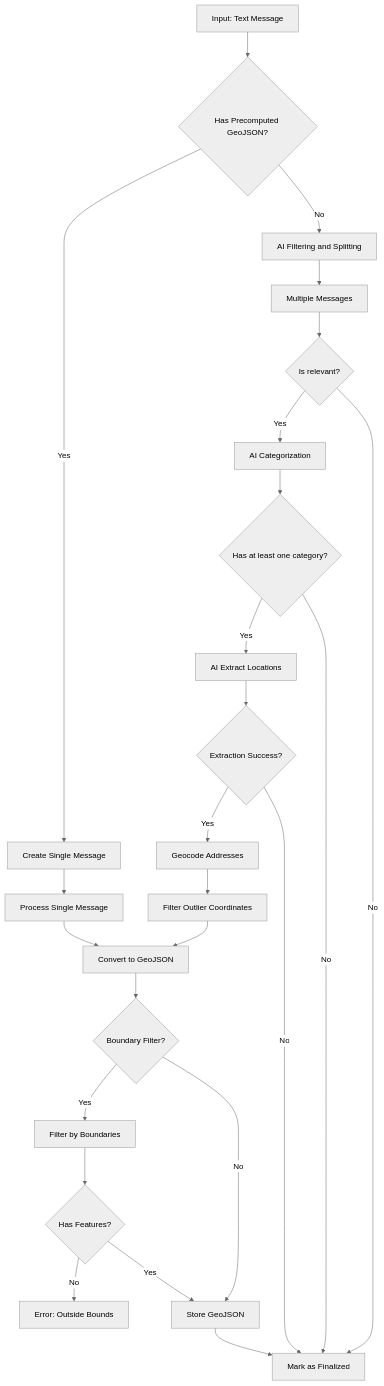
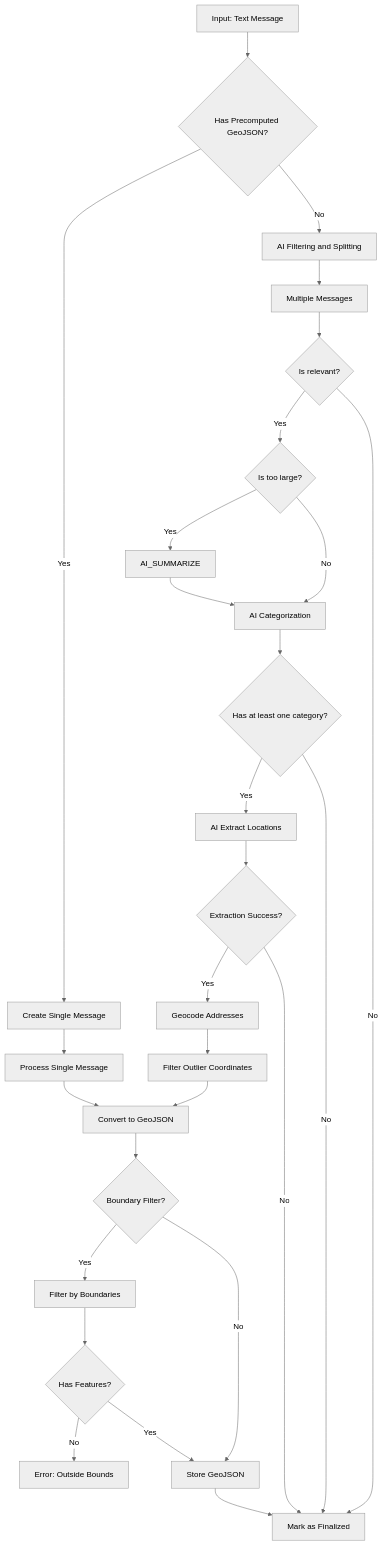
Before and after one commit to vbuch/oboapp: the diagram in ingest/messageIngest/README.md, drawn with Mermaid (neutral theme). The commit also changed other lines of this file and 34 other files, not shown here.

````diff
--- a/ingest/messageIngest/README.md
+++ b/ingest/messageIngest/README.md
@@ -7,37 +7,42 @@
 ```mermaid
 flowchart TD
     A[Input: Text Message] --> B{Has Precomputed GeoJSON?}
 
     B -->|Yes| C[Create Single Message]
     C --> E[Process Single Message]
     B -->|No| AI_FILTERING_AND_SPLITTING[AI Filtering and Splitting]
 
     AI_FILTERING_AND_SPLITTING --> AI_SPLITTING[Multiple Messages]
 
     AI_SPLITTING --> AI_FILTERING{Is relevant?}
-    AI_FILTERING -->|Yes| AI_CATEGORIZATION[AI Categorization]
+    AI_FILTERING -->|Yes| AI_SUMMARIZE_NEEDED{Is too large?}
     AI_FILTERING -->|No| FINALIZE[Mark as Finalized]
+
+    AI_SUMMARIZE_NEEDED --> |Yes| AI_SUMMARIZE
+    AI_SUMMARIZE_NEEDED --> |No| AI_CATEGORIZATION[AI Categorization]
+
+    AI_SUMMARIZE --> AI_CATEGORIZATION
 
     AI_CATEGORIZATION --> AI_SPLIT_FILTER{Has at least one category?}
     AI_SPLIT_FILTER -->|Yes| EXTRACT_DATA[AI Extract Locations]
     AI_SPLIT_FILTER -->|No| FINALIZE
 
     EXTRACT_DATA --> P{Extraction Success?}
 
     P -->|Yes| S[Geocode Addresses]
     S --> T[Filter Outlier Coordinates]
     T --> V[Convert to GeoJSON]
 
     P -->|No| FINALIZE
 
     E --> V
     V --> W{Boundary Filter?}
     W -->|Yes| X[Filter by Boundaries]
     W -->|No| Y[Store GeoJSON]
 
     X --> Z{Has Features?}
     Z -->|No| AA[Error: Outside Bounds]
     Z -->|Yes| Y
 
     Y --> FINALIZE
 ```
````
